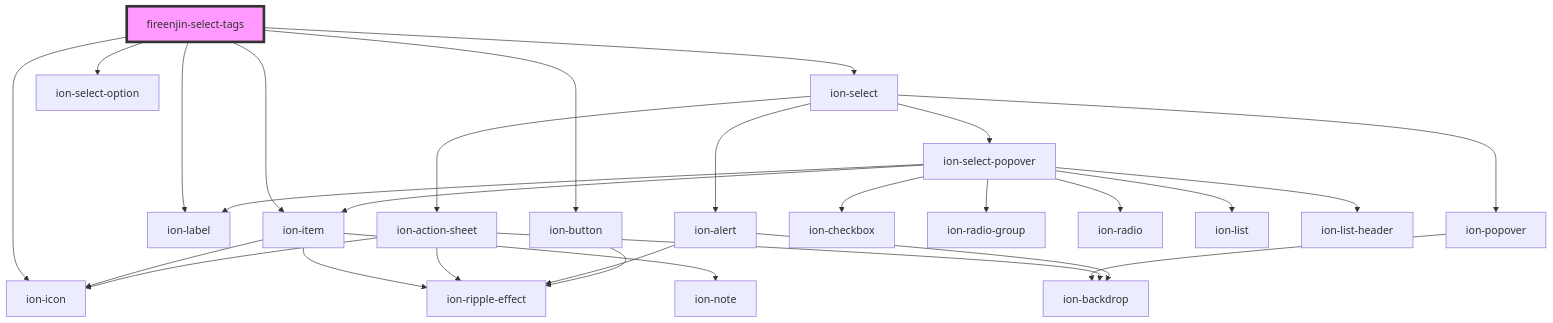
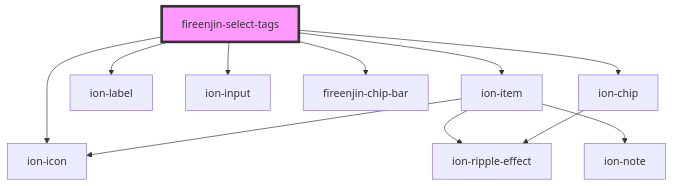
One commit to FireEnjin/Components changed the diagram in src/components/select-tags/readme.md. Above: the diagram before and after it, drawn with Mermaid. The commit also changed other lines of this file and 6 other files, not shown here.

Commit message:
fix(select-tags): Reengineer component to use ion-chips and ion-input

````diff
--- a/src/components/select-tags/readme.md
+++ b/src/components/select-tags/readme.md
@@ -133,31 +133,14 @@
 ```mermaid
 graph TD;
   fireenjin-select-tags --> ion-item
   fireenjin-select-tags --> ion-label
-  fireenjin-select-tags --> ion-select
-  fireenjin-select-tags --> ion-select-option
-  fireenjin-select-tags --> ion-button
+  fireenjin-select-tags --> ion-input
+  fireenjin-select-tags --> fireenjin-chip-bar
+  fireenjin-select-tags --> ion-chip
   fireenjin-select-tags --> ion-icon
   ion-item --> ion-icon
   ion-item --> ion-ripple-effect
   ion-item --> ion-note
-  ion-select --> ion-select-popover
-  ion-select --> ion-popover
-  ion-select --> ion-action-sheet
-  ion-select --> ion-alert
-  ion-select-popover --> ion-item
-  ion-select-popover --> ion-checkbox
-  ion-select-popover --> ion-label
-  ion-select-popover --> ion-radio-group
-  ion-select-popover --> ion-radio
-  ion-select-popover --> ion-list
-  ion-select-popover --> ion-list-header
-  ion-popover --> ion-backdrop
-  ion-action-sheet --> ion-backdrop
-  ion-action-sheet --> ion-icon
-  ion-action-sheet --> ion-ripple-effect
-  ion-alert --> ion-ripple-effect
-  ion-alert --> ion-backdrop
-  ion-button --> ion-ripple-effect
+  ion-chip --> ion-ripple-effect
   style fireenjin-select-tags fill:#f9f,stroke:#333,stroke-width:4px
 ```
````
